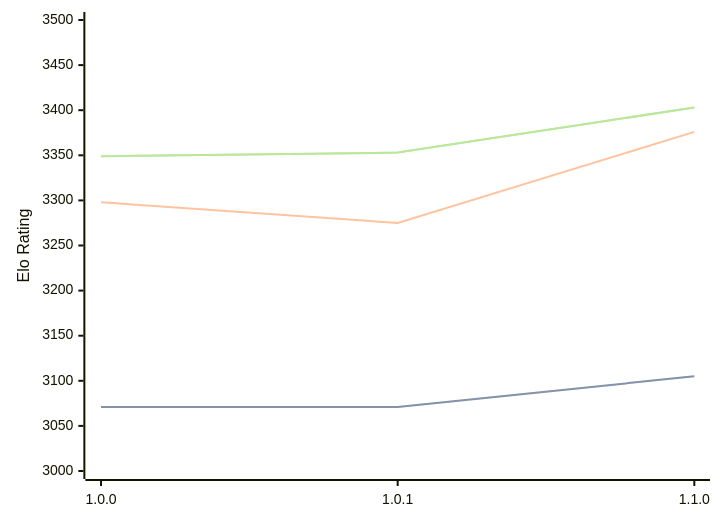
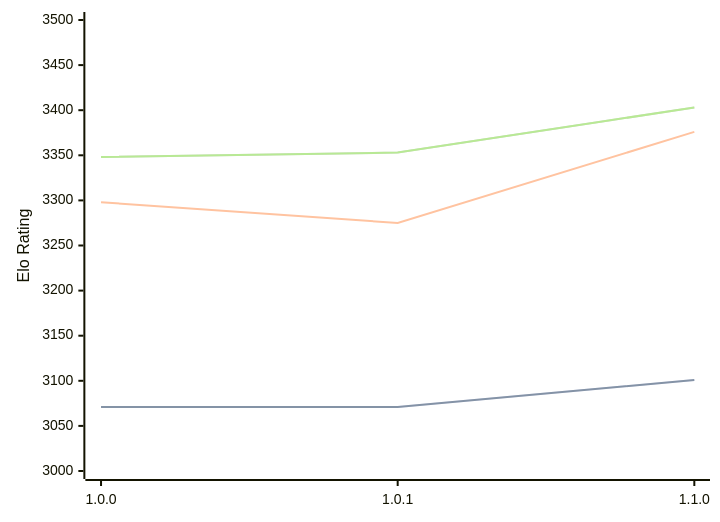
The diagram in engines/Ursus.md (computer-chess-index/cci), drawn with Mermaid before and after one commit. The commit also changed other lines of this file, not shown here.

Commit message:
Update CCI Ratings (ELO VLTC) - 2026-09-15

````diff
--- a/engines/Ursus.md
+++ b/engines/Ursus.md
@@ -33,11 +33,11 @@
 ```mermaid
 %%{init: {"theme":"base","themeVariables":{"seriesColors:['#a3a3a3','#222221','#faa371']}}}%%
 xychart-beta
   x-axis ["1.0.0", "1.0.1", "1.1.0"]
   y-axis "Elo Rating" 3000 --> 3500
-  line "" [3071, 3071, 3105]
-  line "STC (8.0+0.08s)" [3071, 3071, 3105]
+  line "" [3071, 3071, 3101]
+  line "STC (8.0+0.08s)" [3071, 3071, 3101]
   line "LTC (60.0+0.60s)" [3298, 3275, 3376]
-  line "" [3349, 3353, 3403]
-  line "VLTC (2m24s+1.12s)" [3349, 3353, 3403]
+  line "" [3348, 3353, 3403]
+  line "VLTC (2m24s+1.12s)" [3348, 3353, 3403]
 ```
````
